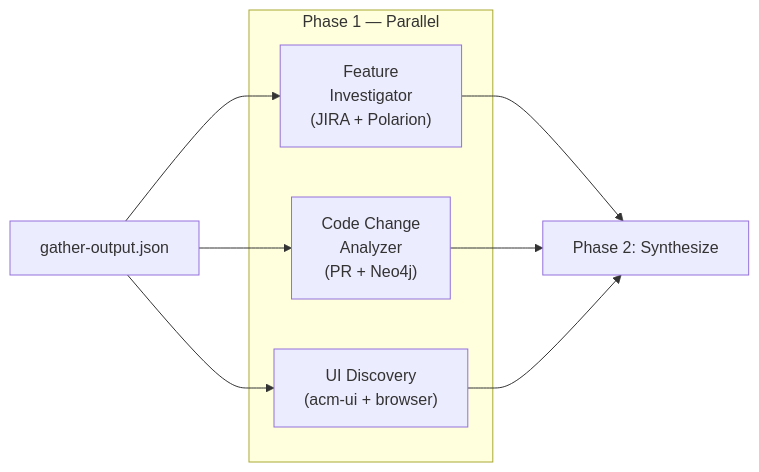
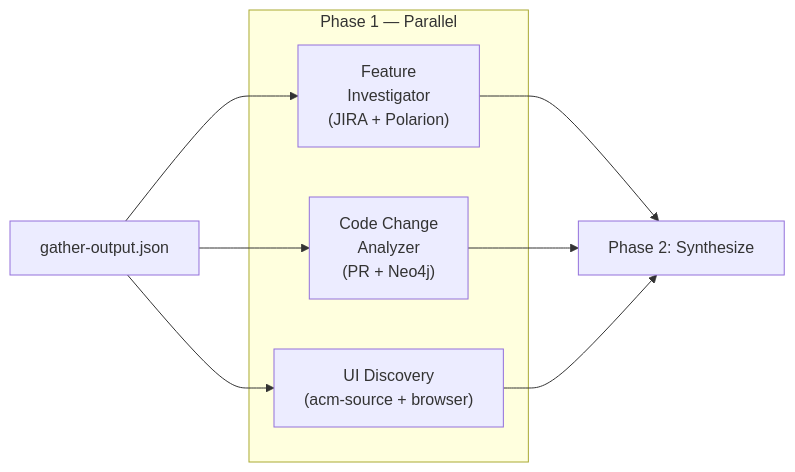
One commit to stolostron/acm-ai-qe changed the second of 2 diagrams in apps/test-case-generator/README.md. Above: the diagram before and after it, drawn with Mermaid. The commit also changed other lines of this file and 170 other files, not shown here.

First line of the commit message:
feat: rename acm-ui to acm-source, remove MCP wrapper skills, rename acm-code-analyzer to acm-qe-code-analyzer, remove Polarion/peer from reviewer

````diff
--- a/apps/test-case-generator/README.md
+++ b/apps/test-case-generator/README.md
@@ -218,14 +218,14 @@
 ```mermaid
 flowchart LR
     S1[gather-output.json] --> FI & CA & UD
 
     subgraph "Phase 1 — Parallel"
         FI["Feature\nInvestigator\n(JIRA + Polarion)"]
         CA["Code Change\nAnalyzer\n(PR + Neo4j)"]
-        UD["UI Discovery\n(acm-ui + browser)"]
+        UD["UI Discovery\n(acm-source + browser)"]
     end
 
     FI --> P2[Phase 2: Synthesize]
     CA --> P2
     UD --> P2
 ```
````
